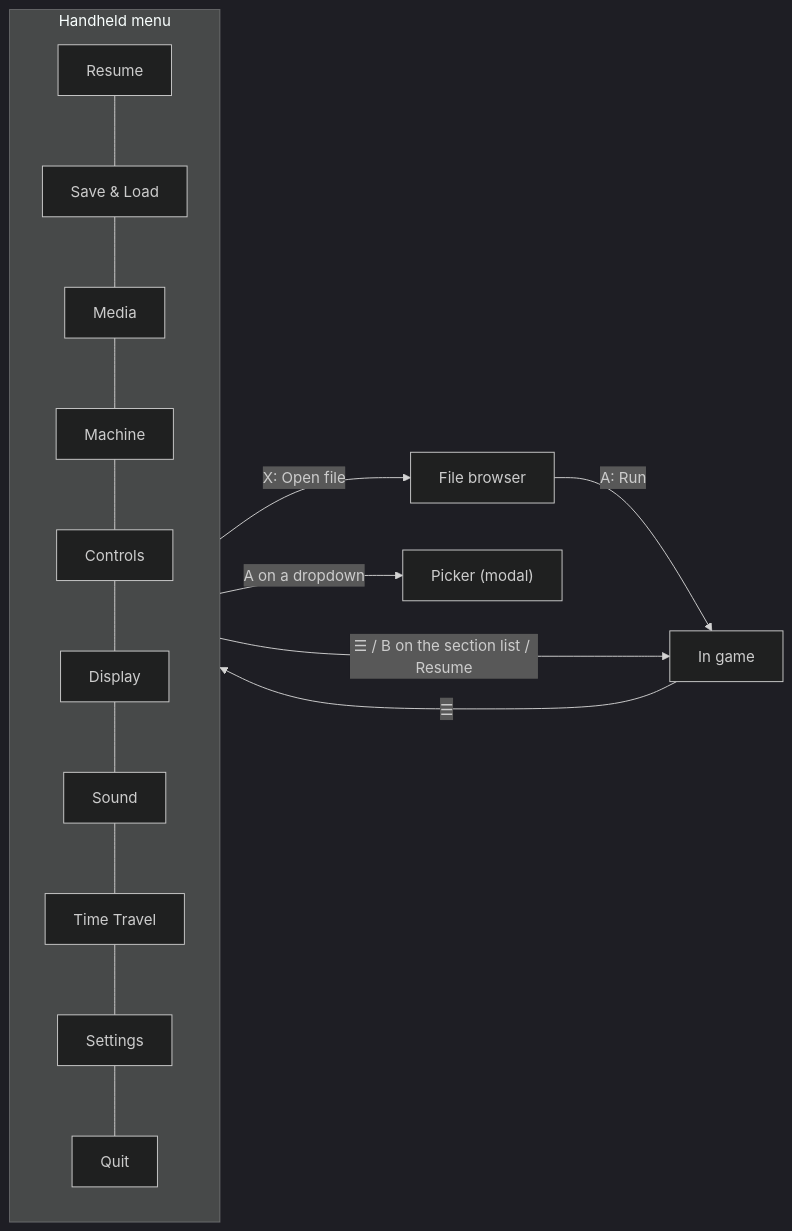
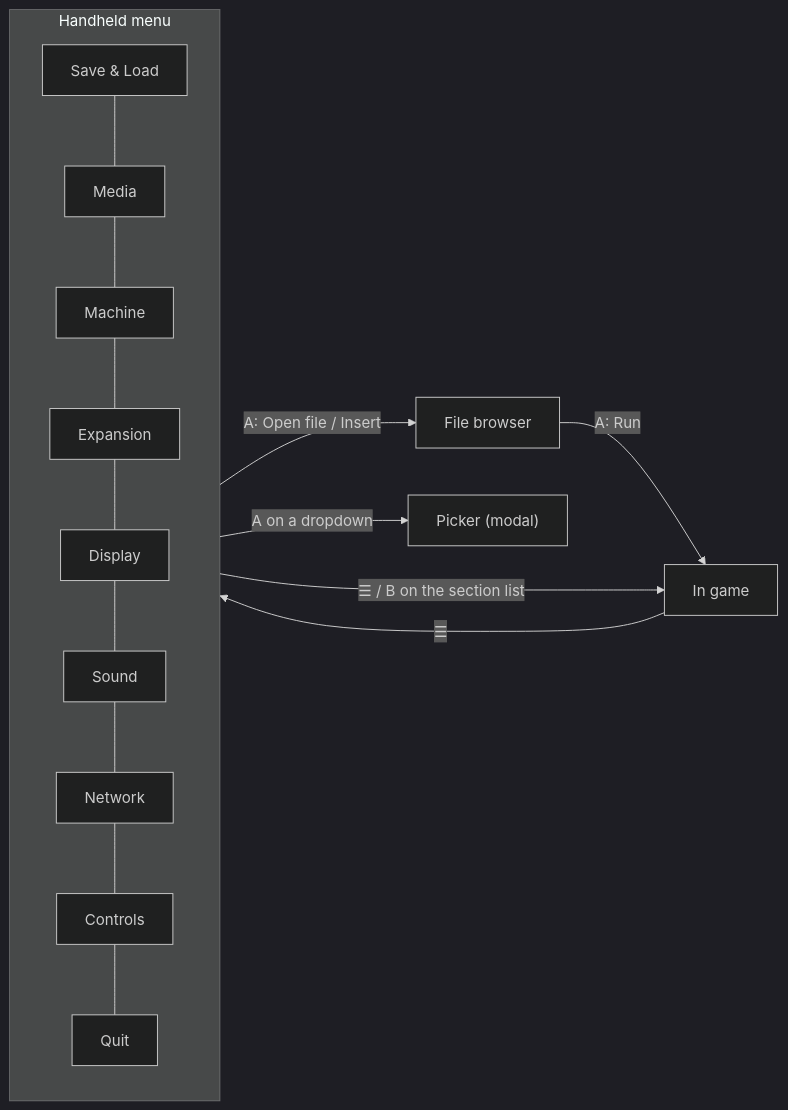
One commit to alfishe/unreal-ng changed the first of 2 diagrams in docs/inprogress/2026-11-12-handheld-menu/README.md. Above: the diagram before and after it, drawn with Mermaid (dark theme). The commit also changed other lines of this file and 117 other files, not shown here.

````diff
--- a/docs/inprogress/2026-11-12-handheld-menu/README.md
+++ b/docs/inprogress/2026-11-12-handheld-menu/README.md
@@ -40,13 +40,13 @@
 ```mermaid
 flowchart LR
     Game["In game"] -->|"☰"| Menu
     subgraph Menu["Handheld menu"]
         direction TB
-        R["Resume"] --- S["Save &amp; Load"] --- M["Media"] --- Ma["Machine"] --- C["Controls"]
-        C --- D["Display"] --- So["Sound"] --- T["Time Travel"] --- Se["Settings"] --- Q["Quit"]
+        S["Save &amp; Load"] --- M["Media"] --- Ma["Machine"] --- E["Expansion"] --- D["Display"]
+        D --- So["Sound"] --- N["Network"] --- C["Controls"] --- Q["Quit"]
     end
-    Menu -->|"☰ / B on the section list / Resume"| Game
-    M -->|"X: Open file"| F["File browser"]
+    Menu -->|"☰ / B on the section list"| Game
+    M -->|"A: Open file / Insert"| F["File browser"]
     F -->|"A: Run"| Game
     Ma -->|"A on a dropdown"| P["Picker (modal)"]
 ```
````
